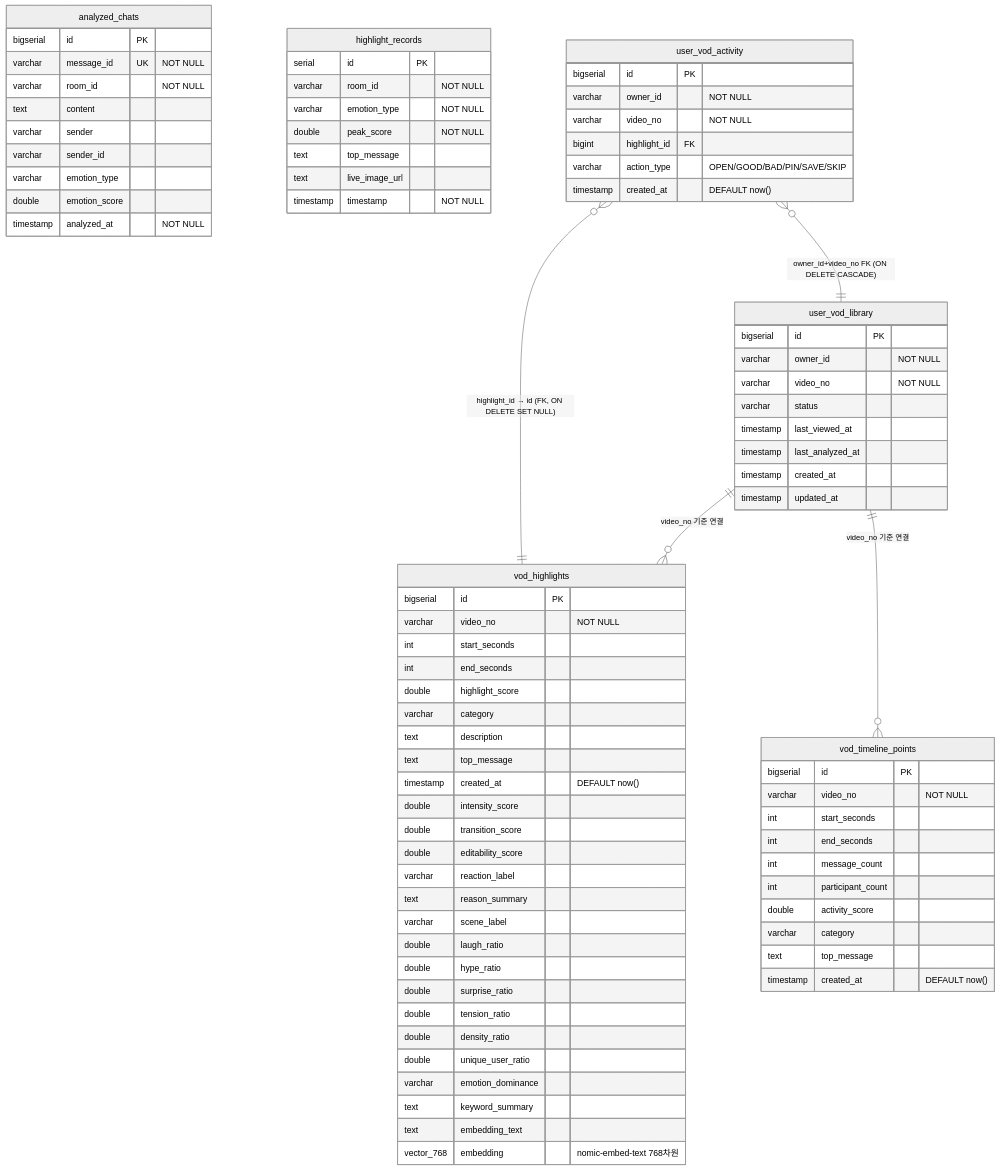
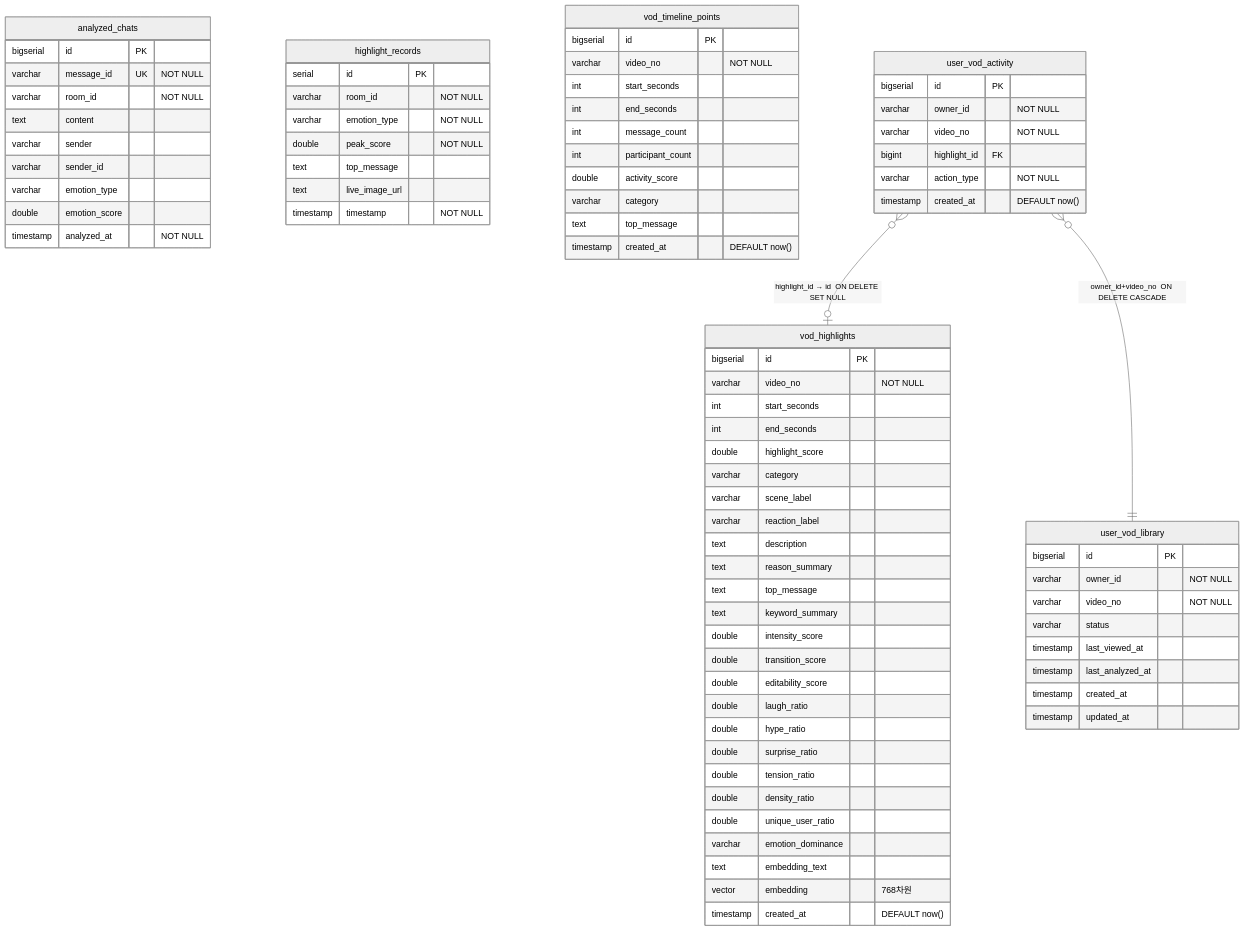
One commit to oneul0/Project-neul changed the diagram in docs/design/27_erd.md. Above: the diagram before and after it, drawn with Mermaid (neutral theme). The commit also changed other lines of this file, not shown here.

First line of the commit message:
docs: ERD 문서 정리

````diff
--- a/docs/design/27_erd.md
+++ b/docs/design/27_erd.md
@@ -10,43 +10,43 @@
 ```mermaid
 erDiagram
     analyzed_chats {
-        bigserial    id               PK
-        varchar      message_id       UK "NOT NULL"
-        varchar      room_id          "NOT NULL"
+        bigserial    id           PK
+        varchar      message_id   UK "NOT NULL"
+        varchar      room_id      "NOT NULL"
         text         content
         varchar      sender
         varchar      sender_id
         varchar      emotion_type
         double       emotion_score
-        timestamp    analyzed_at      "NOT NULL"
+        timestamp    analyzed_at  "NOT NULL"
     }
 
     highlight_records {
-        serial       id               PK
-        varchar      room_id          "NOT NULL"
-        varchar      emotion_type     "NOT NULL"
-        double       peak_score       "NOT NULL"
+        serial       id           PK
+        varchar      room_id      "NOT NULL"
+        varchar      emotion_type "NOT NULL"
+        double       peak_score   "NOT NULL"
         text         top_message
         text         live_image_url
-        timestamp    timestamp        "NOT NULL"
+        timestamp    timestamp    "NOT NULL"
     }
 
     vod_highlights {
-        bigserial    id               PK
-        varchar      video_no         "NOT NULL"
+        bigserial    id                PK
+        varchar      video_no          "NOT NULL"
         int          start_seconds
         int          end_seconds
         double       highlight_score
         varchar      category
+        varchar      scene_label
+        varchar      reaction_label
         text         description
+        text         reason_summary
         text         top_message
-        timestamp    created_at       "DEFAULT now()"
+        text         keyword_summary
         double       intensity_score
         double       transition_score
         double       editability_score
-        varchar      reaction_label
-        text         reason_summary
-        varchar      scene_label
         double       laugh_ratio
         double       hype_ratio
         double       surprise_ratio
@@ -54,14 +54,14 @@
         double       density_ratio
         double       unique_user_ratio
         varchar      emotion_dominance
-        text         keyword_summary
         text         embedding_text
-        vector_768   embedding        "nomic-embed-text 768차원"
+        vector       embedding         "768차원"
+        timestamp    created_at        "DEFAULT now()"
     }
 
     vod_timeline_points {
-        bigserial    id               PK
-        varchar      video_no         "NOT NULL"
+        bigserial    id                PK
+        varchar      video_no          "NOT NULL"
         int          start_seconds
         int          end_seconds
         int          message_count
@@ -69,7 +69,7 @@
         double       activity_score
         varchar      category
         text         top_message
-        timestamp    created_at       "DEFAULT now()"
+        timestamp    created_at        "DEFAULT now()"
     }
 
     user_vod_library {
@@ -84,16 +84,14 @@
     }
 
     user_vod_activity {
-        bigserial    id               PK
-        varchar      owner_id         "NOT NULL"
-        varchar      video_no         "NOT NULL"
-        bigint       highlight_id     FK
-        varchar      action_type      "OPEN/GOOD/BAD/PIN/SAVE/SKIP"
-        timestamp    created_at       "DEFAULT now()"
+        bigserial    id           PK
+        varchar      owner_id     "NOT NULL"
+        varchar      video_no     "NOT NULL"
+        bigint       highlight_id FK
+        varchar      action_type  "NOT NULL"
+        timestamp    created_at   "DEFAULT now()"
     }
 
-    user_vod_activity }o--|| vod_highlights : "highlight_id → id (FK, ON DELETE SET NULL)"
-    user_vod_activity }o--|| user_vod_library : "owner_id+video_no FK (ON DELETE CASCADE)"
-    user_vod_library ||--o{ vod_highlights : "video_no 기준 연결"
-    user_vod_library ||--o{ vod_timeline_points : "video_no 기준 연결"
+    user_vod_activity }o--o| vod_highlights : "highlight_id → id  ON DELETE SET NULL"
+    user_vod_activity }o--|| user_vod_library : "owner_id+video_no  ON DELETE CASCADE"
 ```
````
